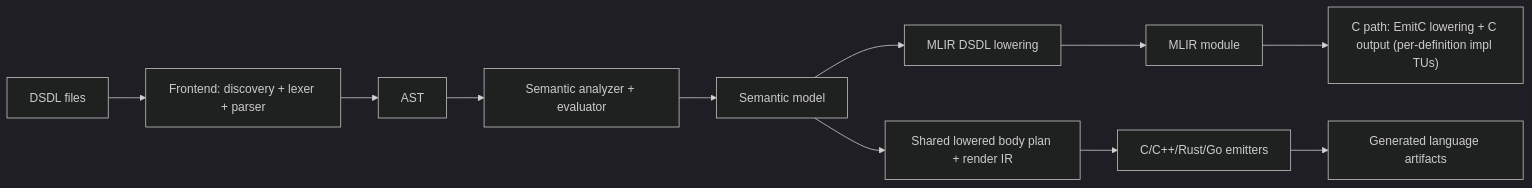
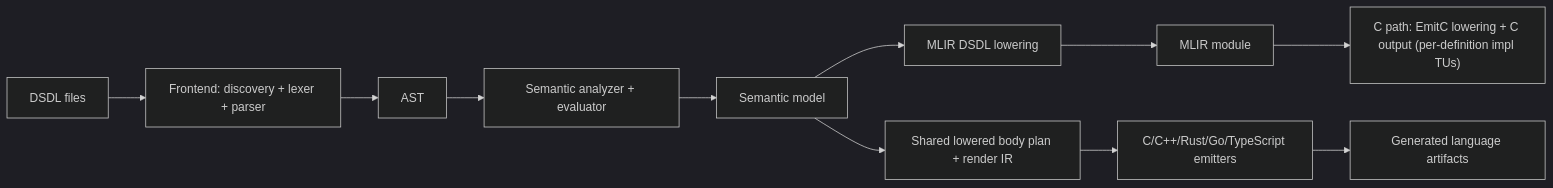
The diagram in DESIGN.md (thirtytwobits/llvm-dsdl), drawn with Mermaid (dark theme) before and after one commit. The commit also changed other lines of this file and 14 other files, not shown here.

````diff
--- a/DESIGN.md
+++ b/DESIGN.md
@@ -25,13 +26,13 @@
 ```mermaid
 flowchart LR
   A["DSDL files"] --> B["Frontend: discovery + lexer + parser"]
   B --> C["AST"]
   C --> D["Semantic analyzer + evaluator"]
   D --> E["Semantic model"]
   E --> F["MLIR DSDL lowering"]
   F --> G["MLIR module"]
   G --> H["C path: EmitC lowering + C output (per-definition impl TUs)"]
   E --> K["Shared lowered body plan + render IR"]
-  K --> I["C/C++/Rust/Go emitters"]
+  K --> I["C/C++/Rust/Go/TypeScript emitters"]
   I --> J["Generated language artifacts"]
 ```
````
